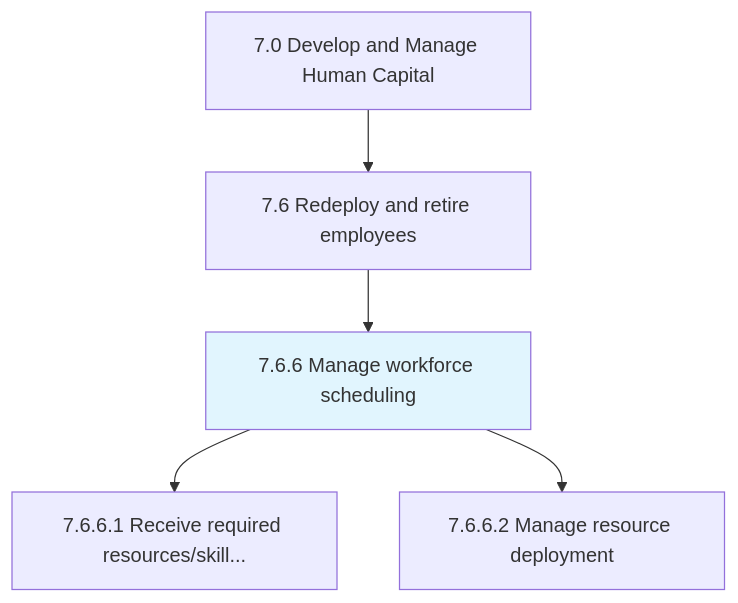
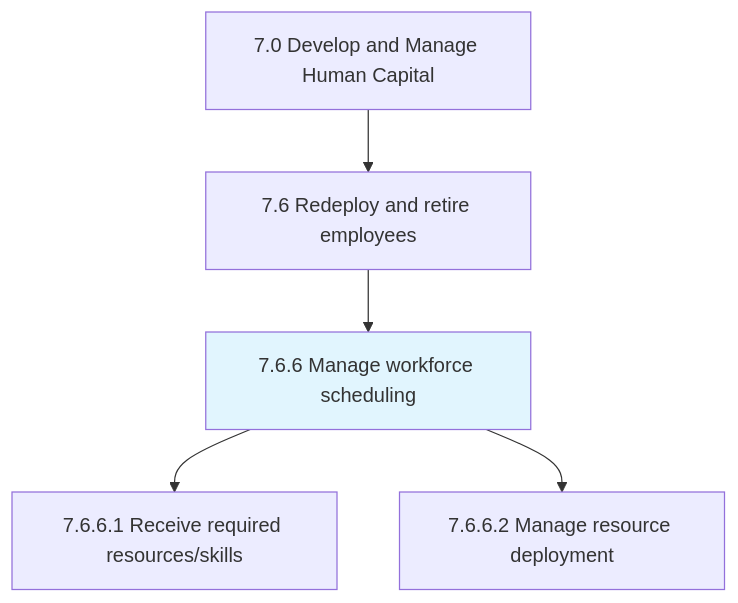
Before and after one commit to kziemski/business.org.ai: the first of 2 diagrams in processes/07-HR/7.6-RedeployRetireEmployees/7.6.6-ManageWorkforceScheduling/index.mdx, drawn with Mermaid. The commit also changed other lines of this file and 885 other files, not shown here.

````diff
--- a/processes/07-HR/7.6-RedeployRetireEmployees/7.6.6-ManageWorkforceScheduling/index.mdx
+++ b/processes/07-HR/7.6-RedeployRetireEmployees/7.6.6-ManageWorkforceScheduling/index.mdx
@@ -25,9 +25,9 @@
 ```mermaid
 graph TD
     C7["7.0 Develop and Manage Human Capital"]
     C7 --> N7_6["7.6 Redeploy and retire employees"]
     N7_6 --> N7_6_6["7.6.6 Manage workforce scheduling"]
     style N7_6_6 fill:#e1f5fe
-    N7_6_6 --> N7_6_6_1["7.6.6.1 Receive required resources/skill..."]
+    N7_6_6 --> N7_6_6_1["7.6.6.1 Receive required resources/skills"]
     N7_6_6 --> N7_6_6_2["7.6.6.2 Manage resource deployment"]
 ```
````
